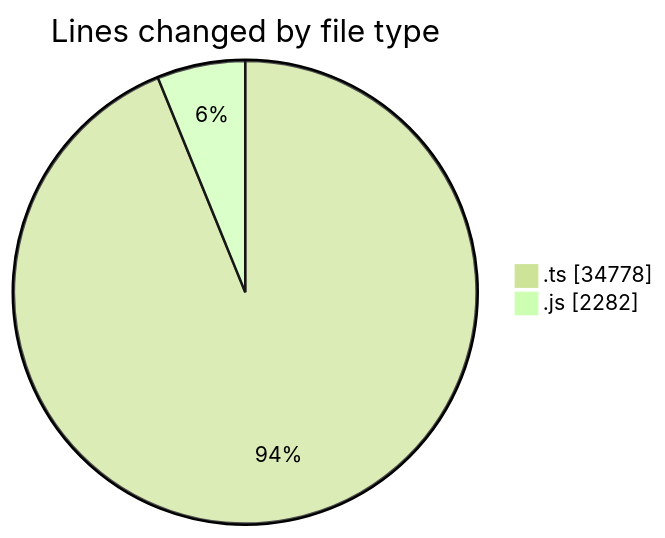
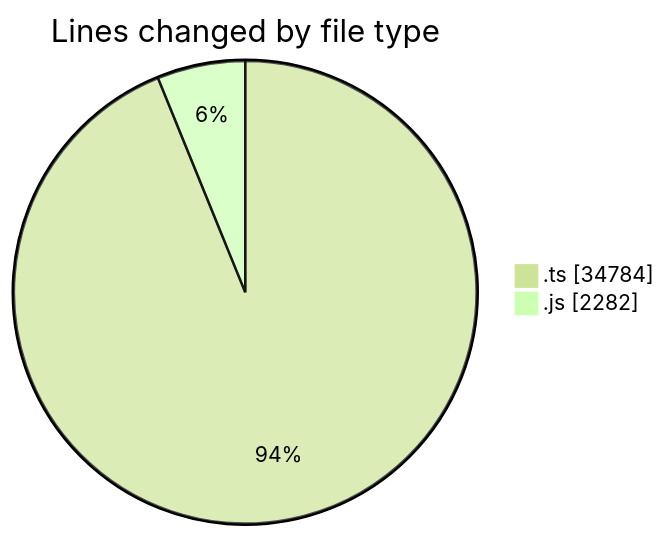
Before and after one commit to momahboobian/code-tracking: the first of 2 diagrams in 2025-06-26/cda/README.md, drawn with Mermaid (forest theme). The commit also changed other lines of this file and 1 other file, not shown here.

````diff
--- a/2025-06-26/cda/README.md
+++ b/2025-06-26/cda/README.md
@@ -36,6 +36,6 @@
 ```mermaid
 pie showData
 title Lines changed by file type
-".ts" : 34778
+".ts" : 34784
 ".js" : 2282
 ```
````
